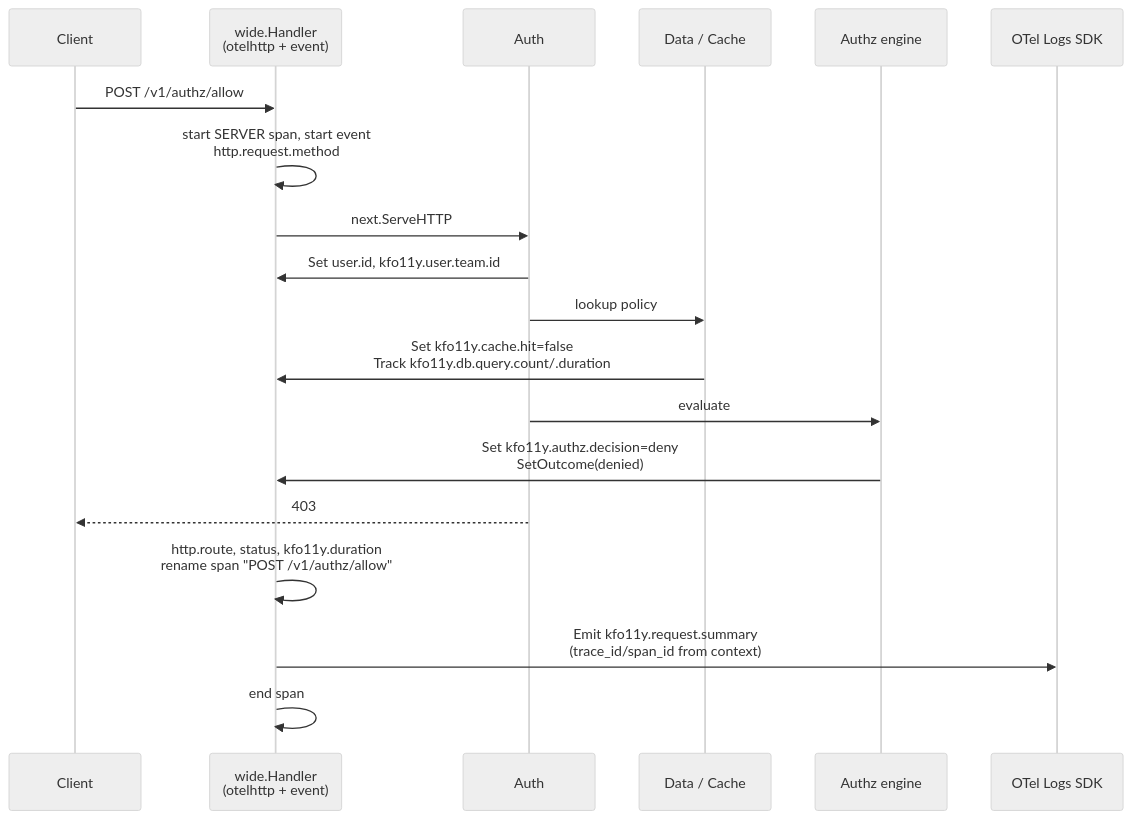
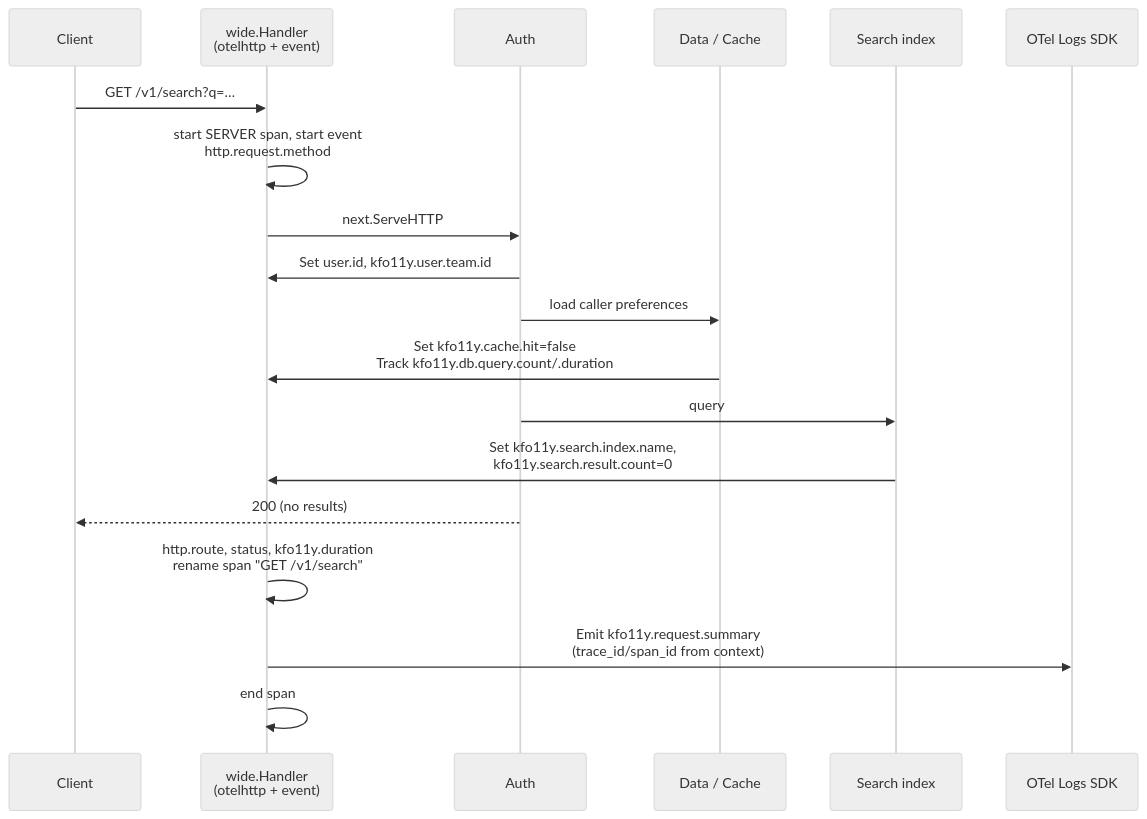
The second of 2 diagrams in docs/02-logging-standard-wide-events.md (benhastings/o11y-standards), drawn with Mermaid (neutral theme) before and after one commit. The commit also changed other lines of this file and 31 other files, not shown here.

````diff
--- a/docs/02-logging-standard-wide-events.md
+++ b/docs/02-logging-standard-wide-events.md
@@ -104,21 +106,21 @@
 ```mermaid
 sequenceDiagram
     participant C as Client
     participant M as wide.Handler<br/>(otelhttp + event)
     participant A as Auth
     participant D as Data / Cache
-    participant Z as Authz engine
+    participant Z as Search index
     participant O as OTel Logs SDK
-    C->>M: POST /v1/authz/allow
+    C->>M: GET /v1/search?q=…
     M->>M: start SERVER span, start event<br/>http.request.method
     M->>A: next.ServeHTTP
     A->>M: Set user.id, kfo11y.user.team.id
-    A->>D: lookup policy
+    A->>D: load caller preferences
     D->>M: Set kfo11y.cache.hit=false<br/>Track kfo11y.db.query.count/.duration
-    A->>Z: evaluate
-    Z->>M: Set kfo11y.authz.decision=deny<br/>SetOutcome(denied)
-    A-->>C: 403
-    M->>M: http.route, status, kfo11y.duration<br/>rename span "POST /v1/authz/allow"
+    A->>Z: query
+    Z->>M: Set kfo11y.search.index.name,<br/>kfo11y.search.result.count=0
+    A-->>C: 200 (no results)
+    M->>M: http.route, status, kfo11y.duration<br/>rename span "GET /v1/search"
     M->>O: Emit kfo11y.request.summary<br/>(trace_id/span_id from context)
     M->>M: end span
 ```
````
